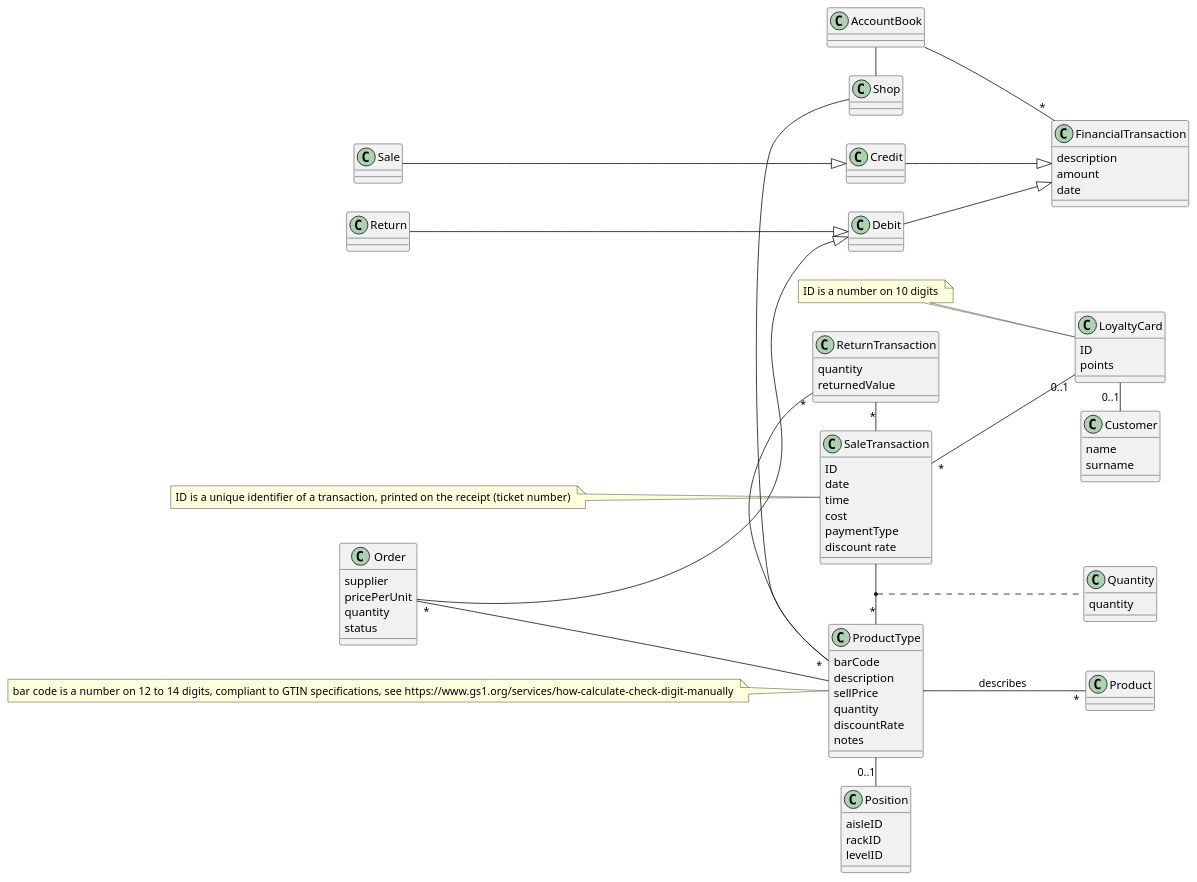
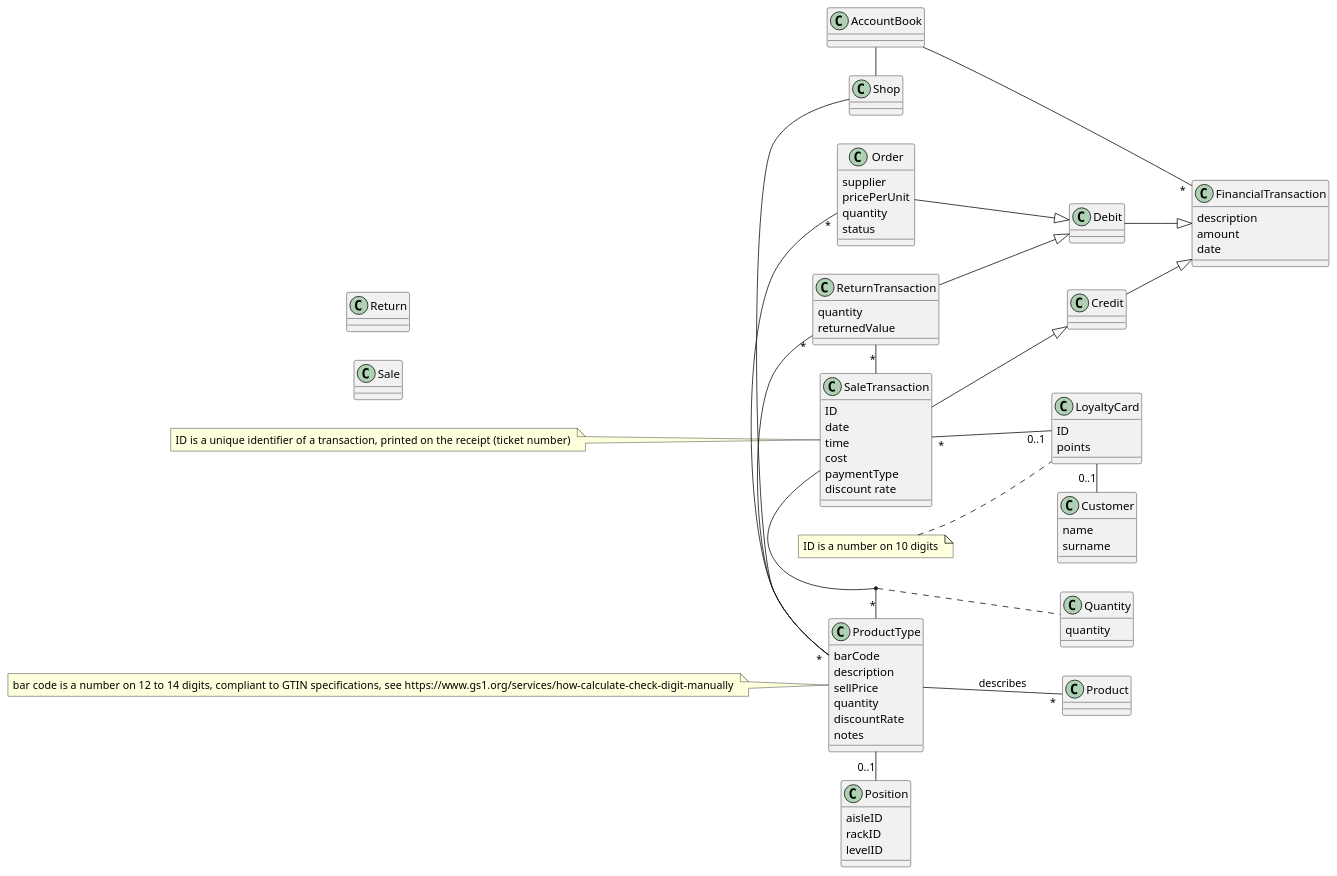
Before and after one commit to mkexc/ezshop: the third of 5 diagrams in OfficialRequirements.md, drawn with PlantUML. The commit also changed other lines of this file and 2 other files, not shown here.

```diff
--- a/OfficialRequirements.md
+++ b/OfficialRequirements.md
@@ -811,8 +816,8 @@
 class Return
 
 Order --|> Debit
-Sale --|> Credit
-Return --|> Debit
+SaleTransaction --|> Credit
+ReturnTransaction --|> Debit
 
 
 class ProductType{
```
